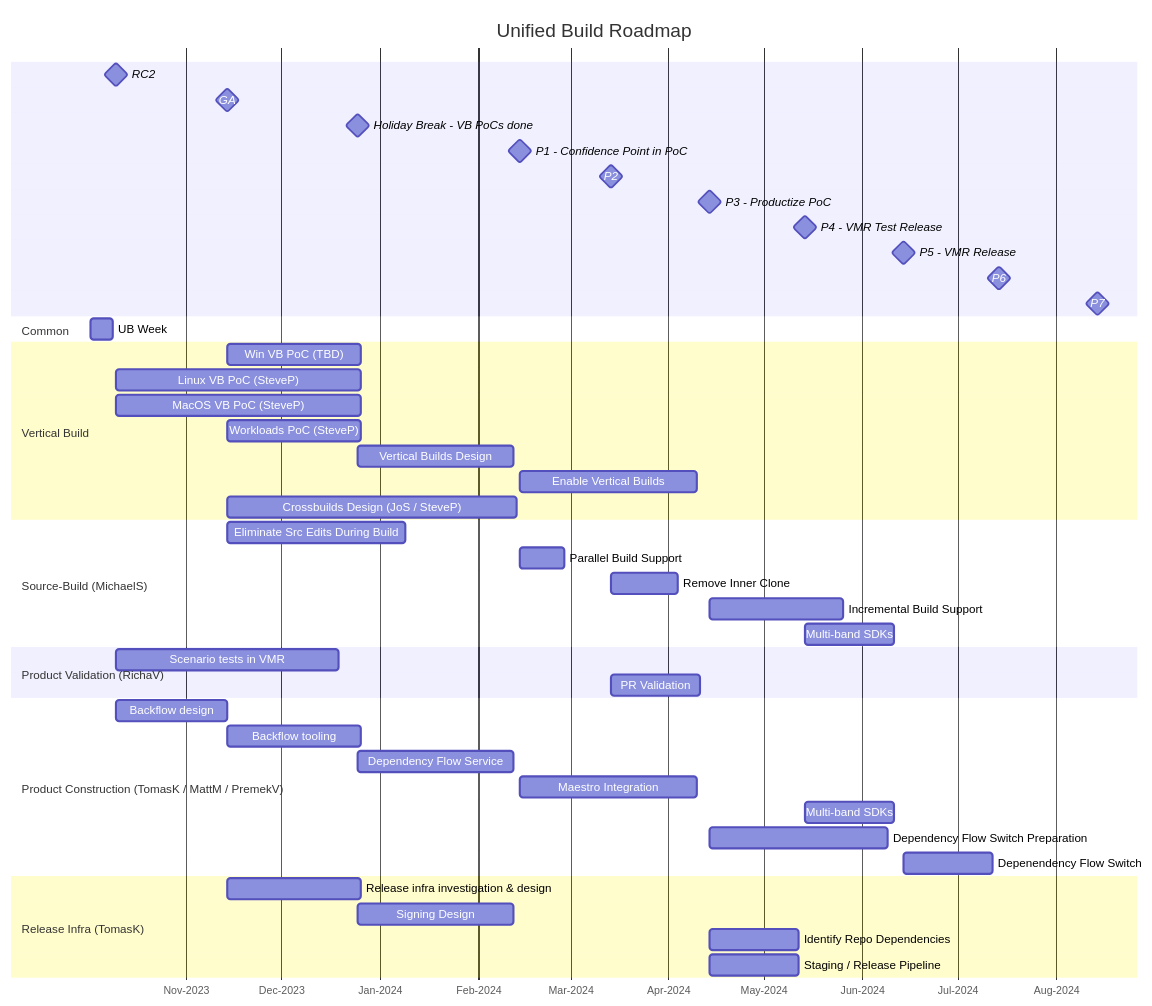
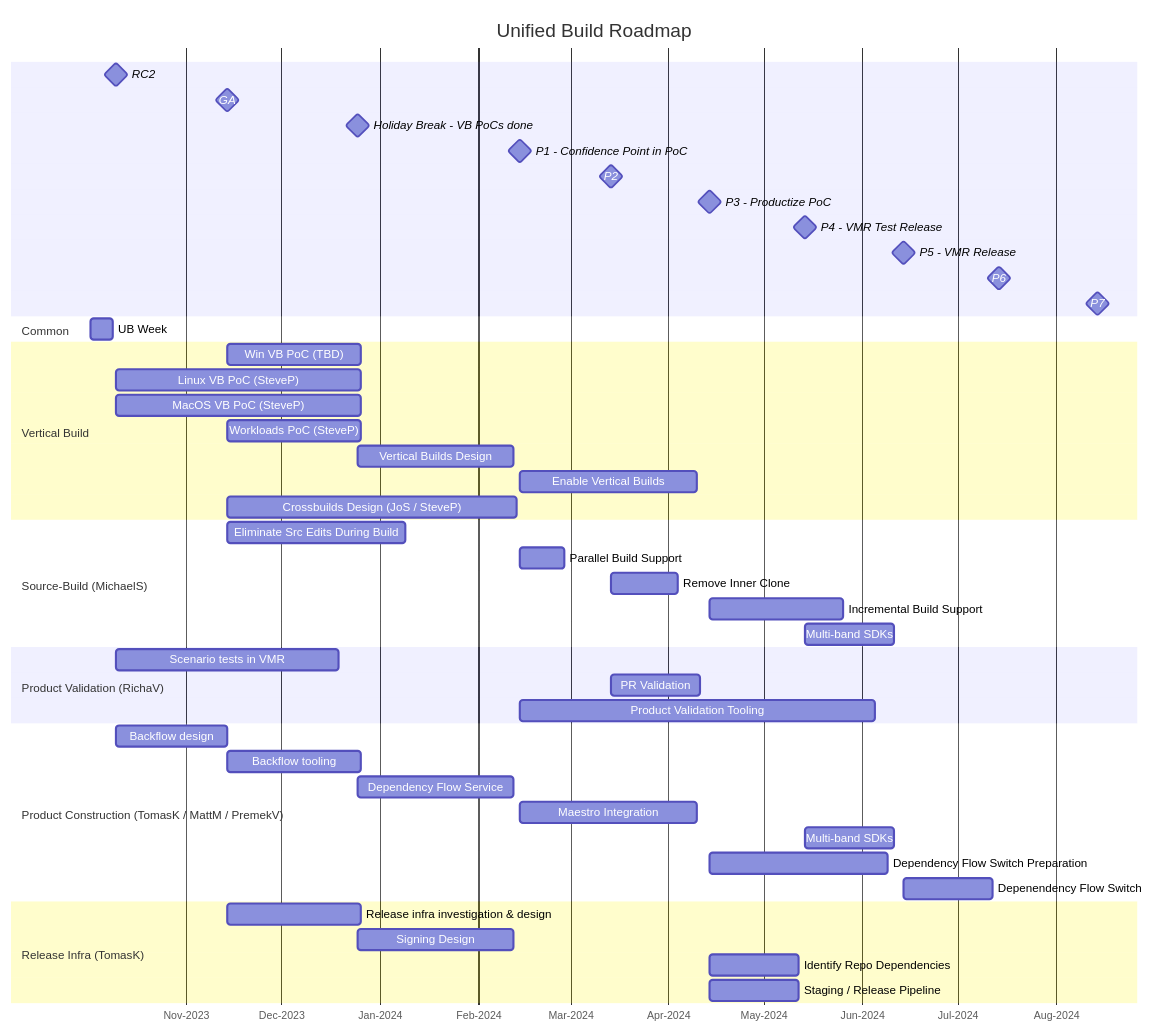
Before and after one commit to dotnet/arcade: the diagram in Documentation/UnifiedBuild/UB-Roadmap.md, drawn with Mermaid.

Commit message:
Update UB-Roadmap.md
Product validation task added

````diff
--- a/Documentation/UnifiedBuild/UB-Roadmap.md
+++ b/Documentation/UnifiedBuild/UB-Roadmap.md
@@ -3,55 +3,56 @@
 ```mermaid
 gantt
     title Unified Build Roadmap
     axisFormat %b-%Y
     RC2: milestone, net8-rc2, 2023-10-10, 0
     GA: milestone, net8-ga, 2023-11-14, 0
     Holiday Break - VB PoCs done: milestone, holiday, 2023-12-25, 0
     %% delta between Holiday and P1 is 7w
     P1 - Confidence Point in PoC: milestone, net9-p1, 2024-02-14, 0
     P2: milestone, net9-p2, 2024-03-14, 0
     P3 - Productize PoC: milestone, net9-p3, 2024-04-14, 0
     P4 - VMR Test Release: milestone, net9-p4, 2024-05-14, 0
     P5 - VMR Release: milestone, net9-p5, 2024-06-14, 0
     P6: milestone, net9-p6, 2024-07-14, 0
     P7: milestone, net9-p7, 2024-08-14, 0
  
     section Common
         UB Week: ub-week, 2023-10-02, 1w
 
     section Vertical Build
         Win VB PoC (TBD): after net8-ga, 6w
         Linux VB PoC (SteveP): after net8-rc2, 11w
         MacOS VB PoC (SteveP): after net8-rc2, 11w
         Workloads PoC (SteveP): after net8-ga, 6w
         Vertical Builds Design: after holiday, 7w
         Enable Vertical Builds: after net9-p1, 8w
         Crossbuilds Design (JoS / SteveP): after net8-ga, 13w
 
     section Source-Build (MichaelS)
         Eliminate Src Edits During Build: after net8-ga, 8w
         Parallel Build Support: after net9-p1, 2w
         Remove Inner Clone: after net9-p2, 3w
         Incremental Build Support: after net9-p3, 6w
         Multi-band SDKs: after net9-p4, 4w
 
     section Product Validation (RichaV)
         Scenario tests in VMR: after net8-rc2, 10w
         PR Validation: after net9-p2, 4w
+        Product Validation Tooling: after net9-p1, 16w
 
     section Product Construction (TomasK / MattM / PremekV)
         Backflow design: after net8-rc2, 5w
         Backflow tooling: after net8-ga, 6w
         Dependency Flow Service: after holiday, 7w
         Maestro Integration: after net9-p1, 8w
 
         Multi-band SDKs: after net9-p4, 4w
         Dependency Flow Switch Preparation: after net9-p3, 8w
         Depenendency Flow Switch: after net9-p5, 4w
 
     section Release Infra (TomasK)
         Release infra investigation & design: after net8-ga, 6w
         Signing Design: after holiday, 7w
         Identify Repo Dependencies: after net9-p3, 4w
         Staging / Release Pipeline: after net9-p3, 4w
 ```
````
